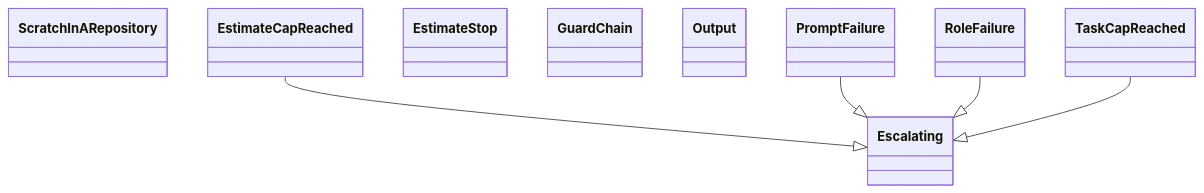
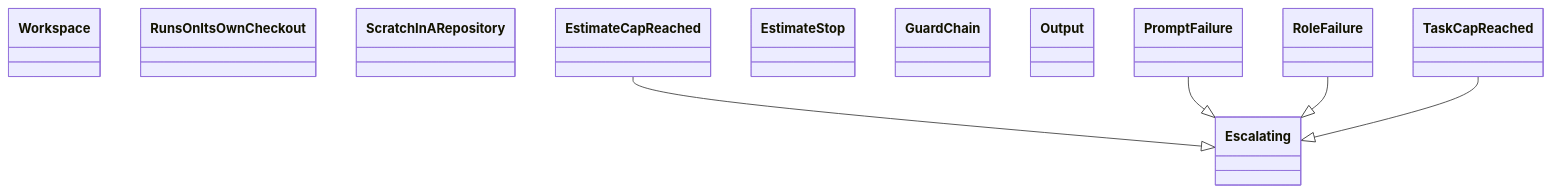
One commit to GonzaloZevallos/agentic-system changed the diagram in docs/architecture/generated/classes-process-application-support-6.md. Above: the diagram before and after it, drawn with Mermaid. The commit also changed other lines of this file and 18 other files, not shown here.

````diff
--- a/docs/architecture/generated/classes-process-application-support-6.md
+++ b/docs/architecture/generated/classes-process-application-support-6.md
@@ -16,16 +16,18 @@
 ```mermaid
 classDiagram
+    class ports__Workspace["Workspace"]
+    class preflight__RunsOnItsOwnCheckout["RunsOnItsOwnCheckout"]
     class preflight__ScratchInARepository["ScratchInARepository"]
     class run_role__Escalating["Escalating"]
     class run_role__EstimateCapReached["EstimateCapReached"]
     class run_role__EstimateStop["EstimateStop"]
     class run_role__GuardChain["GuardChain"]
     class run_role__Output["Output"]
     class run_role__PromptFailure["PromptFailure"]
     class run_role__RoleFailure["RoleFailure"]
     class run_role__TaskCapReached["TaskCapReached"]
     run_role__EstimateCapReached --|> run_role__Escalating
     run_role__PromptFailure --|> run_role__Escalating
     run_role__RoleFailure --|> run_role__Escalating
     run_role__TaskCapReached --|> run_role__Escalating
 ```
````
